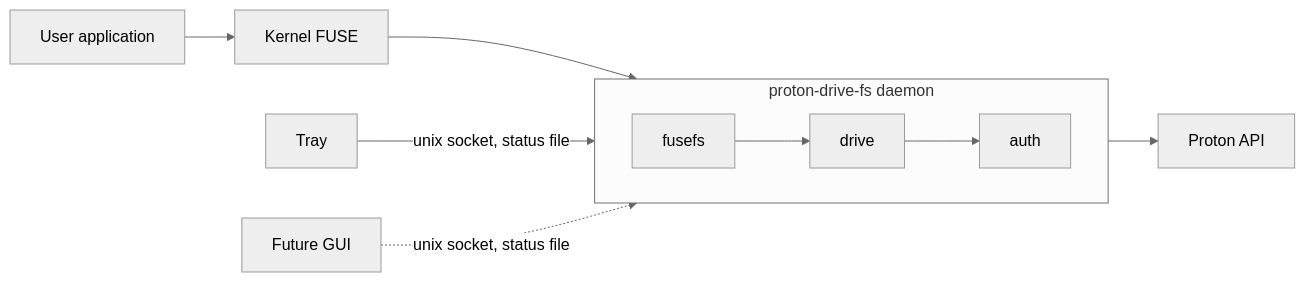
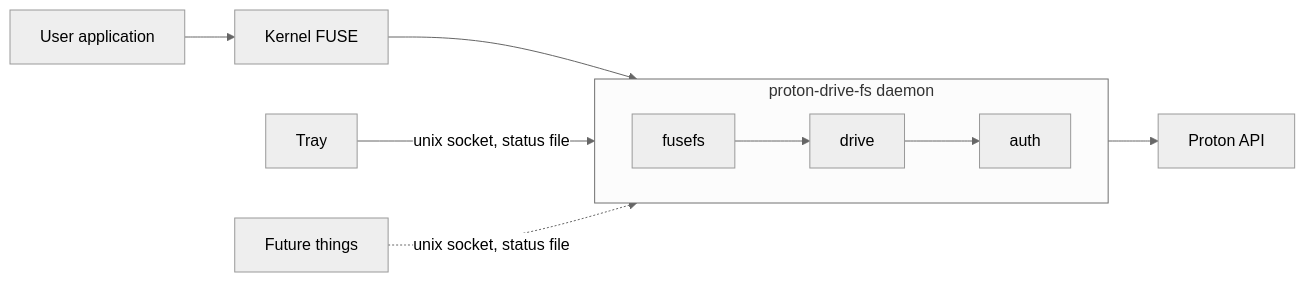
The diagram in docs/index.md (khaosdoctor/proton-drive-linux-fs), drawn with Mermaid (neutral theme) before and after one commit. The commit also changed other lines of this file and 3 other files, not shown here.

````diff
--- a/docs/index.md
+++ b/docs/index.md
@@ -39,15 +35,15 @@
 ```mermaid
 flowchart LR
     App["User application"] --> Kernel["Kernel FUSE"]
     Kernel --> Daemon
 
     subgraph Daemon["proton-drive-fs daemon"]
         direction LR
         FS["fusefs"] --> Drive["drive"] --> Auth["auth"]
     end
 
     Daemon --> API["Proton API"]
 
     Tray["Tray"] -->|"unix socket, status file"| Daemon
-    GUI["Future GUI"] -.->|"unix socket, status file"| Daemon
+    GUI["Future things"] -.->|"unix socket, status file"| Daemon
 ```
````
